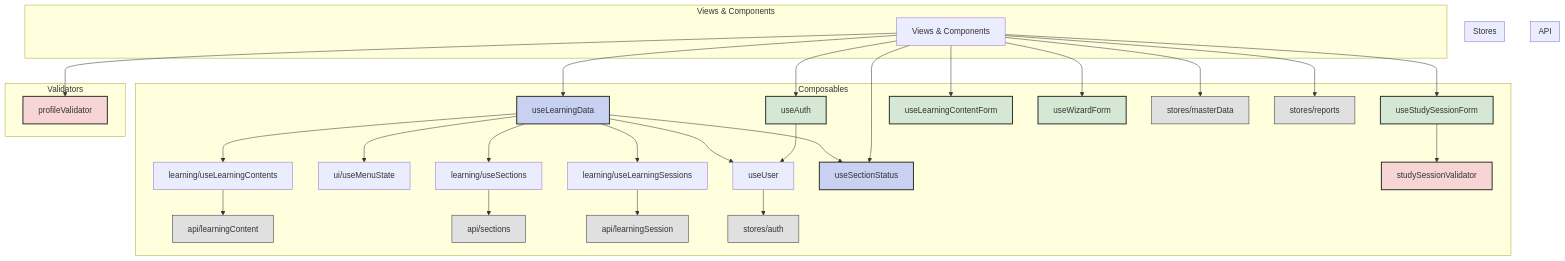
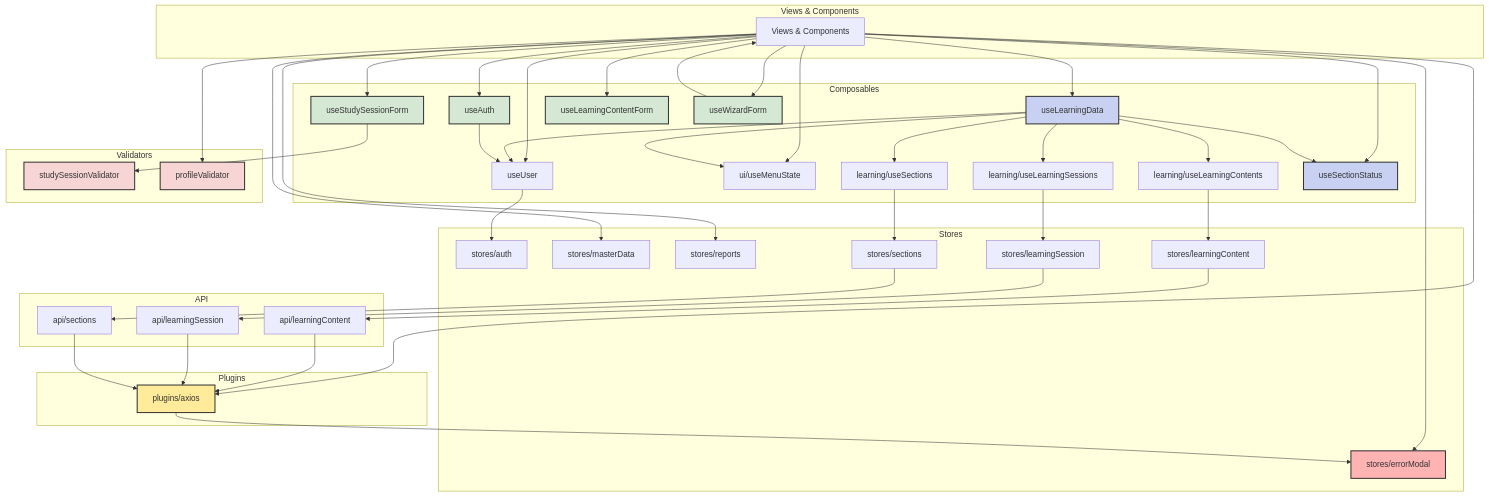
One commit to SHUN5872698/learn-track-pro changed the first of 2 diagrams in .gemini/docs/architectures/vue-application-directory-structure.md. Above: the diagram before and after it, drawn with Mermaid. The commit also changed other lines of this file and 9 other files, not shown here.

````diff
--- a/.gemini/docs/architectures/vue-application-directory-structure.md
+++ b/.gemini/docs/architectures/vue-application-directory-structure.md
@@ -162,58 +167,98 @@
 ```mermaid
 graph TD
+    subgraph Views & Components
+        X[Views & Components]
+    end
+
     subgraph Composables
-        A[useLearningData] --> B[useUser]
-        A --> C[ui/useMenuState]
-        A --> E[learning/useLearningContents]
-        A --> F[learning/useSections]
-        A --> G[learning/useLearningSessions]
-        A --> P[useSectionStatus]
-
-        E --> I[api/learningContent]
-
-        F --> K[api/sections]
-
-        G --> J[api/learningSession]
-
-        L[useAuth] --> B
-        M[useStudySessionForm] --> N[validators/studySessionValidator]
+        A[useLearningData]
+        B[useUser]
+        C[ui/useMenuState]
+        E[learning/useLearningContents]
+        F[learning/useSections]
+        G[learning/useLearningSessions]
+        P[useSectionStatus]
+        L[useAuth]
+        M[useStudySessionForm]
         O[useLearningContentForm]
         Q[useWizardForm]
+    end
 
-        B --> R[stores/auth]
+    subgraph Stores
+        R[stores/auth]
         S[stores/masterData]
         T[stores/reports]
-
+        U[stores/errorModal]
+        LC[stores/learningContent]
+        LS[stores/learningSession]
+        SC[stores/sections]
     end
 
     subgraph API
-        I
-        J
-        K
-    end
-
-    subgraph Stores
-        R
-        S
-        T
+        I[api/learningContent]
+        J[api/learningSession]
+        K[api/sections]
     end
 
     subgraph Validators
         N[studySessionValidator]
-        U[profileValidator]
+        V[profileValidator]
     end
 
-    subgraph Views & Components
-        V[Views & Components] --> A
-        V --> L
-        V --> M
-        V --> O
-        V --> Q
-        V --> P
-        V --> U
-        V --> S
-        V --> T
+    subgraph Plugins
+        W[plugins/axios]
     end
+
+    %% Views & Components → Composables
+    X --> A
+    X --> L
+    X --> M
+    X --> O
+    X --> Q
+    X --> P
+    X --> B
+    X --> C
+    
+    %% Views & Components → Stores直接アクセス
+    X --> S
+    X --> T
+    X --> U
+    
+    %% Views & Components → Validators
+    X --> V
+    
+    %% Views & Components → Plugins
+    X --> W
+
+    %% Composables間の依存
+    A --> B
+    A --> C
+    A --> E
+    A --> F
+    A --> G
+    A --> P
+    L --> B
+    M --> N
+    Q --> X
+
+    %% Composables → Stores
+    E --> LC
+    F --> SC
+    G --> LS
+    B --> R
+
+    %% Stores → API
+    LC --> I
+    LS --> J
+    SC --> K
+
+    %% Plugins → Stores
+    W --> U
+
+    %% API → Plugins（axios使用）
+    I --> W
+    J --> W
+    K --> W
 
     style A fill:#c9d1f3,stroke:#333,stroke-width:2px
     style L fill:#d5e8d4,stroke:#333,stroke-width:2px
@@ -222,11 +267,7 @@
     style O fill:#d5e8d4,stroke:#333,stroke-width:2px
     style Q fill:#d5e8d4,stroke:#333,stroke-width:2px
     style N fill:#f8d5d5,stroke:#333,stroke-width:2px
-    style U fill:#f8d5d5,stroke:#333,stroke-width:2px
-    style I fill:#e0e0e0,stroke:#333,stroke-width:1px
-    style J fill:#e0e0e0,stroke:#333,stroke-width:1px
-    style K fill:#e0e0e0,stroke:#333,stroke-width:1px
-    style R fill:#e0e0e0,stroke:#333,stroke-width:1px
-    style S fill:#e0e0e0,stroke:#333,stroke-width:1px
-    style T fill:#e0e0e0,stroke:#333,stroke-width:1px
+    style V fill:#f8d5d5,stroke:#333,stroke-width:2px
+    style W fill:#ffeb99,stroke:#333,stroke-width:2px
+    style U fill:#ffb3b3,stroke:#333,stroke-width:2px
 ```
````
